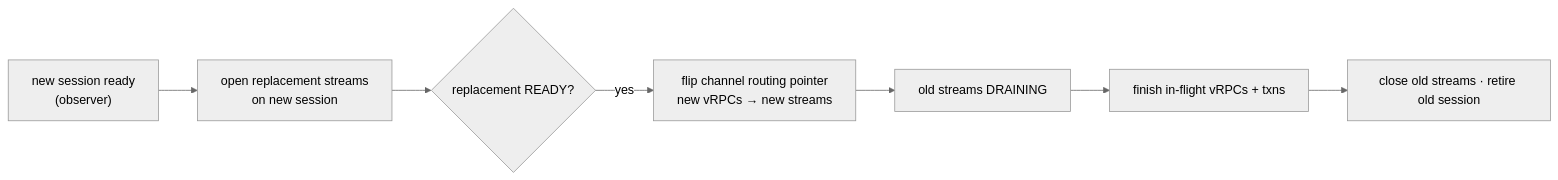
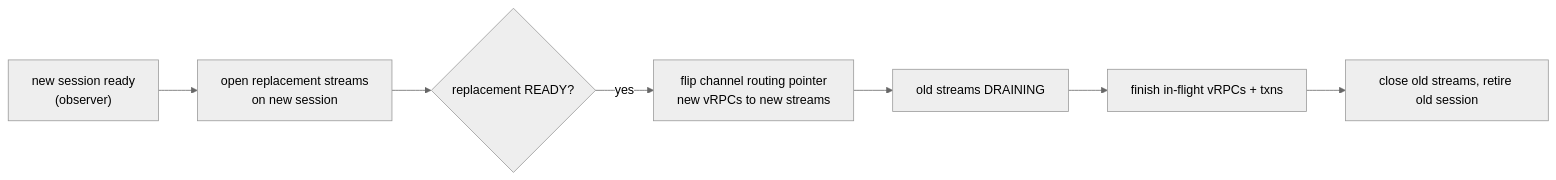
One commit to rahul2393/google-cloud-go changed the fourth of 4 diagrams in spanner/internal/vrpcpoc/DESIGN.md. Above: the diagram before and after it, drawn with Mermaid (neutral theme). The commit also changed other lines of this file, not shown here.

Commit message:
spanner: sanitize mermaid diagrams for strict renderers (arrows, unicode, labels)

````diff
--- a/spanner/internal/vrpcpoc/DESIGN.md
+++ b/spanner/internal/vrpcpoc/DESIGN.md
@@ -355,9 +355,9 @@
 ```mermaid
 flowchart LR
     A["new session ready<br/>(observer)"] --> B["open replacement streams<br/>on new session"]
     B --> C{"replacement READY?"}
-    C -- yes --> D["flip channel routing pointer<br/>new vRPCs → new streams"]
+    C -- yes --> D["flip channel routing pointer<br/>new vRPCs to new streams"]
     D --> E["old streams DRAINING"]
     E --> F["finish in-flight vRPCs + txns"]
-    F --> G["close old streams · retire old session"]
+    F --> G["close old streams, retire old session"]
 ```
````
